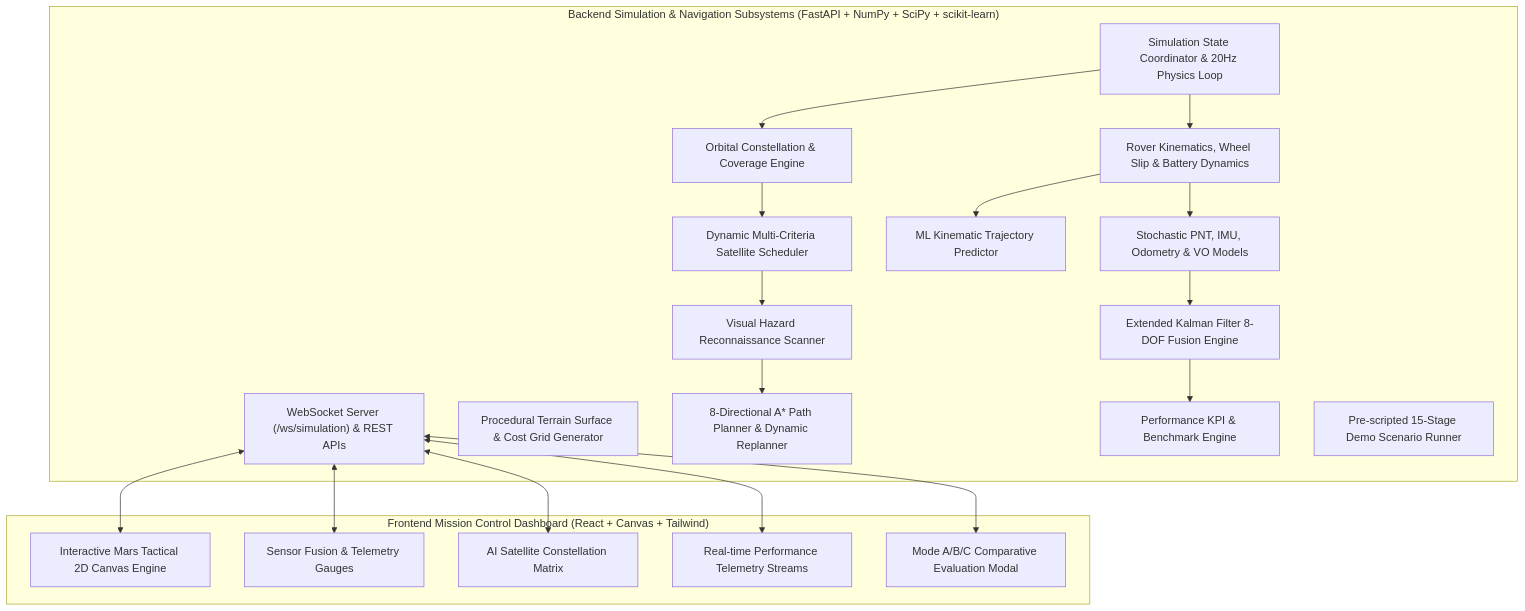
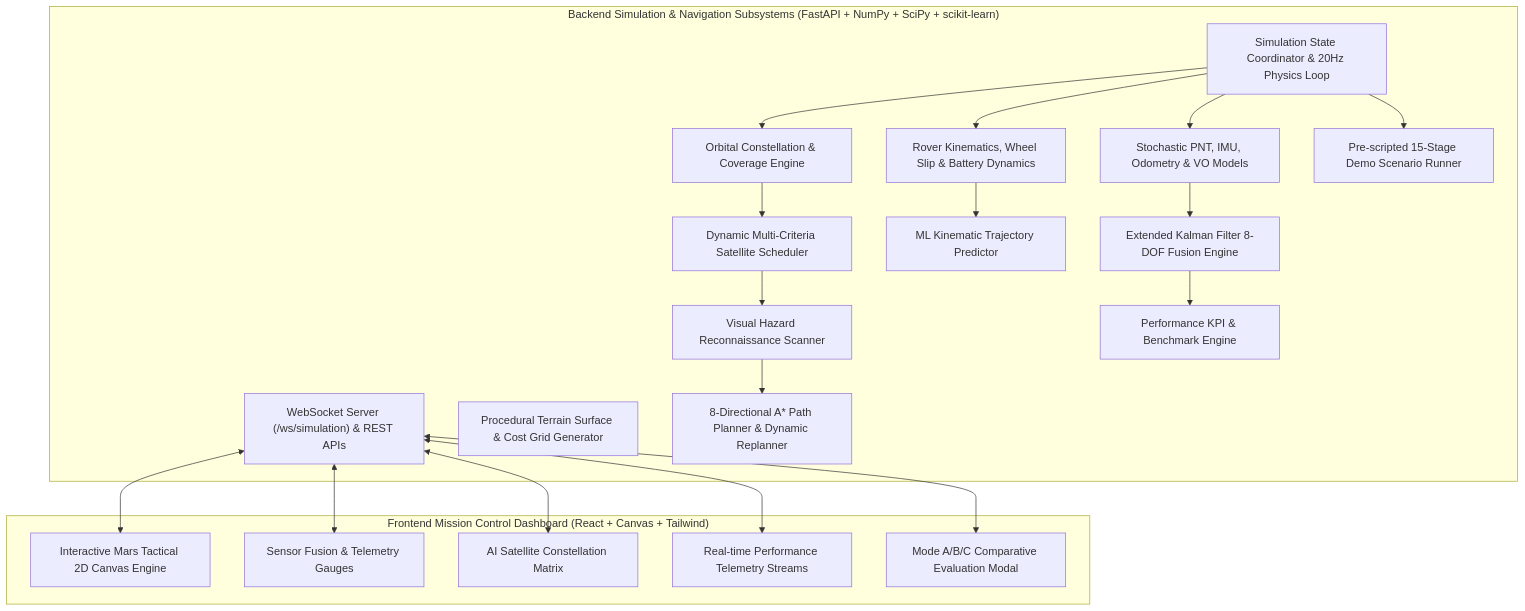
Before and after one commit to akshay9310-ai/NAVIS-Networked-Adaptive-Visual-Intelligent-Space-Navigation-Sounds-like-a-real-aerospace-system: the diagram in README.md, drawn with Mermaid. The commit also changed other lines of this file and 3 other files, not shown here.

````diff
--- a/README.md
+++ b/README.md
@@ -23,42 +48,43 @@
 ```mermaid
 graph TD
     subgraph MissionControlUI ["Frontend Mission Control Dashboard (React + Canvas + Tailwind)"]
         Canvas[Interactive Mars Tactical 2D Canvas Engine]
         HUD[Sensor Fusion & Telemetry Gauges]
         SchedUI[AI Satellite Constellation Matrix]
         Graphs[Real-time Performance Telemetry Streams]
         BenchUI[Mode A/B/C Comparative Evaluation Modal]
     end
 
     subgraph BackendSubsystems ["Backend Simulation & Navigation Subsystems (FastAPI + NumPy + SciPy + scikit-learn)"]
         WS["WebSocket Server (/ws/simulation) & REST APIs"]
         Engine[Simulation State Coordinator & 20Hz Physics Loop]
         Terrain[Procedural Terrain Surface & Cost Grid Generator]
         Rover[Rover Kinematics, Wheel Slip & Battery Dynamics]
         Sats[Orbital Constellation & Coverage Engine]
         AI_Sched[Dynamic Multi-Criteria Satellite Scheduler]
         AI_Traj[ML Kinematic Trajectory Predictor]
         AI_Hazard[Visual Hazard Reconnaissance Scanner]
         EKF[Extended Kalman Filter 8-DOF Fusion Engine]
         Sensors[Stochastic PNT, IMU, Odometry & VO Models]
         Planner[8-Directional A* Path Planner & Dynamic Replanner]
         Metrics[Performance KPI & Benchmark Engine]
         Demo[Pre-scripted 15-Stage Demo Scenario Runner]
     end
 
     WS <--> Canvas
     WS <--> HUD
     WS <--> SchedUI
     WS <--> Graphs
     WS <--> BenchUI
 
     Engine --> Rover
+    Engine --> Sensors
+    Sensors --> EKF
     Engine --> Sats
-    Rover --> Sensors
-    Sensors --> EKF
     Rover --> AI_Traj
     Sats --> AI_Sched
     AI_Sched --> AI_Hazard
     AI_Hazard --> Planner
     EKF --> Metrics
+    Engine --> Demo
 ```
````
